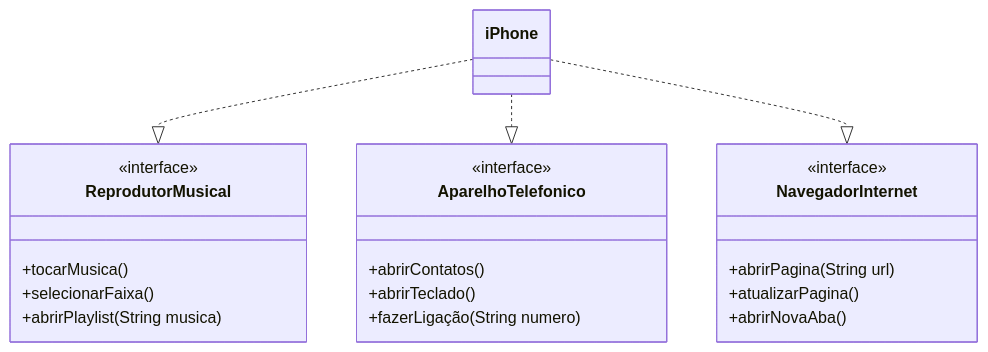
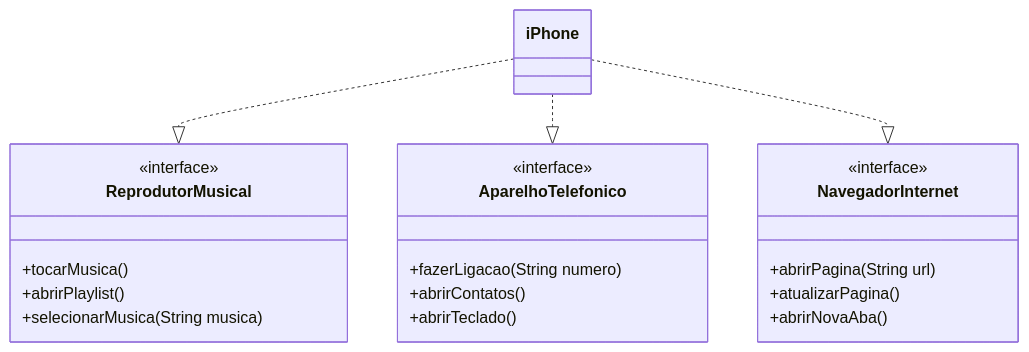
Before and after one commit to JCasali/DESAFIO-DIO-POO: the diagram in README.md, drawn with Mermaid.

````diff
--- a/README.md
+++ b/README.md
@@ -11,27 +11,27 @@
 ```mermaid
 classDiagram
     class ReprodutorMusical {
         <<interface>>
         +tocarMusica()
-        +selecionarFaixa()
-        +abrirPlaylist(String musica)
+        +abrirPlaylist()
+        +selecionarMusica(String musica)
     }
     class AparelhoTelefonico {
         <<interface>>
+        +fazerLigacao(String numero)
         +abrirContatos()
         +abrirTeclado()
-        +fazerLigação(String numero)
     }
     class NavegadorInternet {
         <<interface>>
         +abrirPagina(String url)
         +atualizarPagina()
         +abrirNovaAba()
     }
     iPhone ..|> ReprodutorMusical
     iPhone ..|> AparelhoTelefonico
     iPhone ..|> NavegadorInternet
     class iPhone {
         
     }
 ```
````
